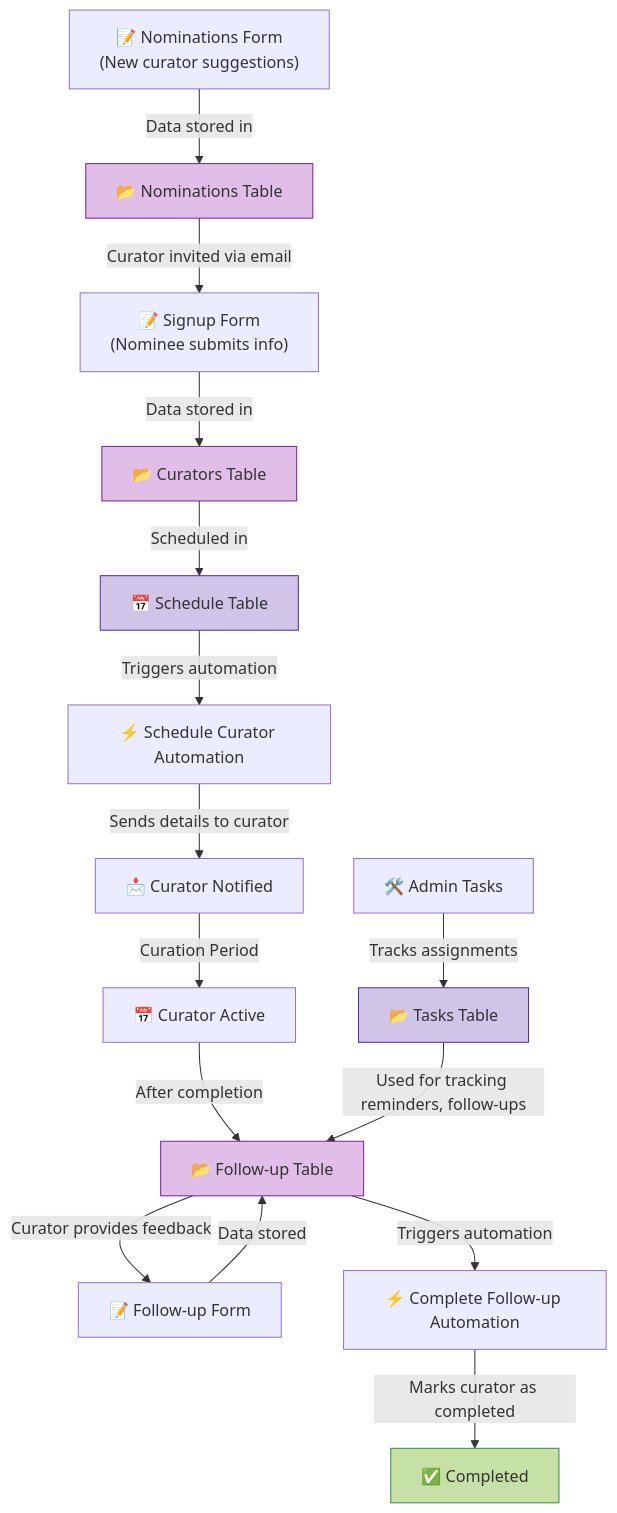
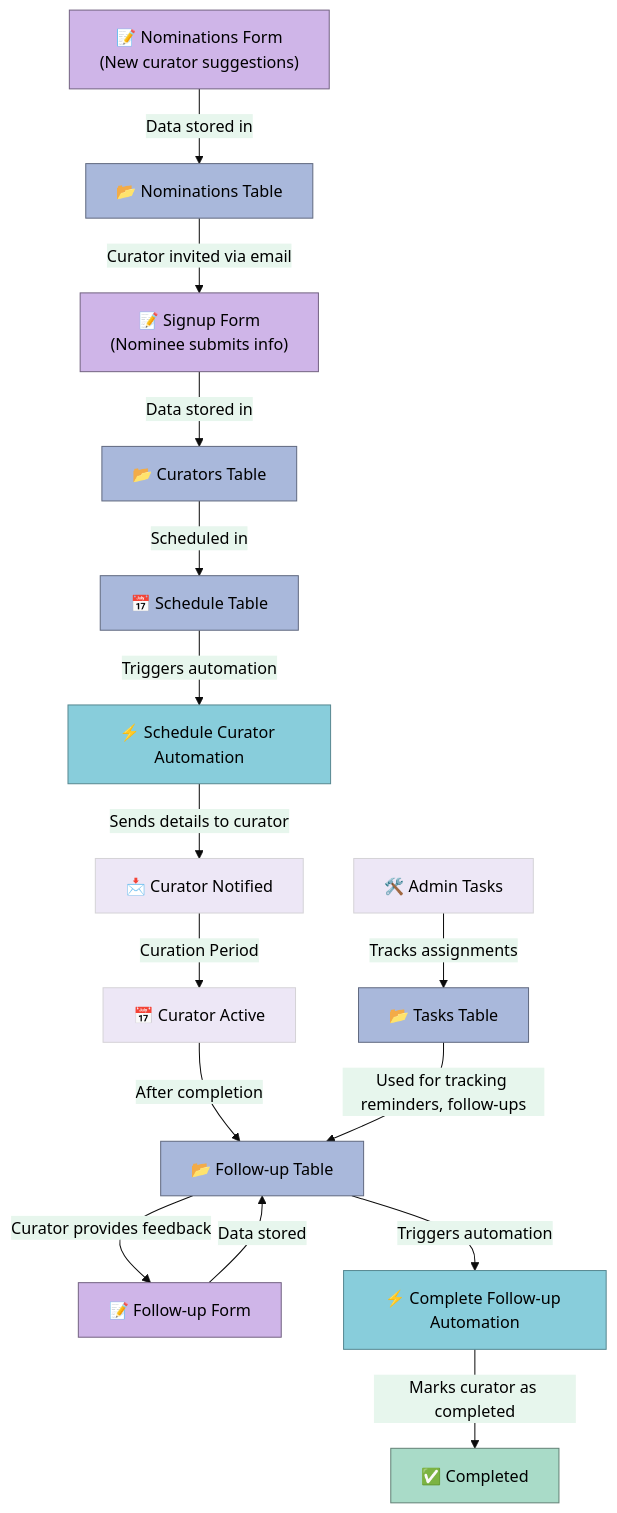
The first of 2 diagrams in content/rocur/admin guide/index.en.md (rladies/rladiesguide), drawn with Mermaid before and after one commit. The commit also changed 1 other file, not shown here.

Commit message:
add consistent colouring

```diff
--- a/content/rocur/admin guide/index.en.md
+++ b/content/rocur/admin guide/index.en.md
@@ -438,30 +438,40 @@
 {{<mermaid align="left">}}
 
+%%{init: {'theme': 'base','themeVariables': {'primaryColor': '#EDE7F6','tertiaryColor': '#F3E5F5','primaryTextColor': '#000000'}}}%%
+
 graph TD;
-  Nominations["📝 Nominations Form\n(New curator suggestions)"] -->|Data stored in| NominationsTable["📂 Nominations Table"];
-  NominationsTable -->|Curator invited via email| CuratorsSignup["📝 Signup Form\n(Nominee submits info)"];
-  CuratorsSignup -->|Data stored in| CuratorsTable["📂 Curators Table"];
+  NominationsForm["📝 Nominations Form\n(New curator suggestions)"] -->|Data stored in| NominationsTable["📂 Nominations Table"];
+  NominationsTable -->|Curator invited via email| SignupForm["📝 Signup Form\n(Nominee submits info)"];
+  SignupForm -->|Data stored in| CuratorsTable["📂 Curators Table"];
   
   CuratorsTable -->|Scheduled in| ScheduleTable["📅 Schedule Table"];
   ScheduleTable -->|Triggers automation| ScheduleAutomation["⚡ Schedule Curator Automation"];
   ScheduleAutomation -->|Sends details to curator| CuratorNotified["📩 Curator Notified"];
 
   CuratorNotified -->|Curation Period| CurationWeek["📅 Curator Active"];
   CurationWeek -->|After completion| FollowUpTable["📂 Follow-up Table"];
   FollowUpTable -->|Curator provides feedback| FollowUpForm["📝 Follow-up Form"];
   
   FollowUpForm -->|Data stored| FollowUpTable;
   FollowUpTable -->|Triggers automation| CompletionAutomation["⚡ Complete Follow-up Automation"];
   CompletionAutomation -->|Marks curator as completed| CompletedCurators["✅ Completed"];
   
   AdminTasks["🛠️ Admin Tasks"] -->|Tracks assignments| TasksTable["📂 Tasks Table"];
   TasksTable -->|Used for tracking reminders, follow-ups| FollowUpTable;
 
-style NominationsTable fill:#E1BEE7,stroke:#7B1FA2;
-style CuratorsTable fill:#E1BEE7,stroke:#7B1FA2;
-style ScheduleTable fill:#D1C4E9,stroke:#512DA8;
-style FollowUpTable fill:#E1BEE7,stroke:#7B1FA2;
-style TasksTable fill:#D1C4E9,stroke:#512DA8;
-style CompletedCurators fill:#C5E1A5,stroke:#388E3C;
+style NominationsTable fill:#a9b8db,stroke:#616a80;
+style CuratorsTable fill:#a9b8db,stroke:#616a80;
+style ScheduleTable fill:#a9b8db,stroke:#616a80;
+style FollowUpTable fill:#a9b8db,stroke:#616a80;
+style TasksTable fill:#a9b8db,stroke:#616a80;
+
+style NominationsForm fill:#cfb5e8,stroke:#736382;
+style SignupForm fill:#cfb5e8,stroke:#736382;
+style FollowUpForm fill:#cfb5e8,stroke:#736382;
+
+style CompletionAutomation fill:#88cddb,stroke:#578891;
+style ScheduleAutomation fill:#88cddb,stroke:#578891;
+
+style CompletedCurators fill:#a9dbc8,stroke:#638276;
 
 {{< /mermaid >}}
```
